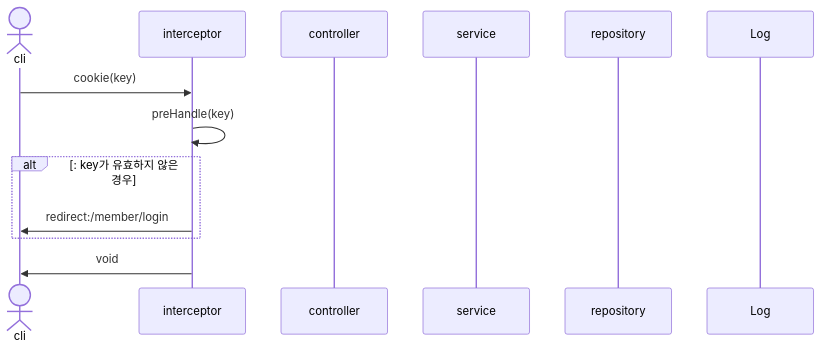
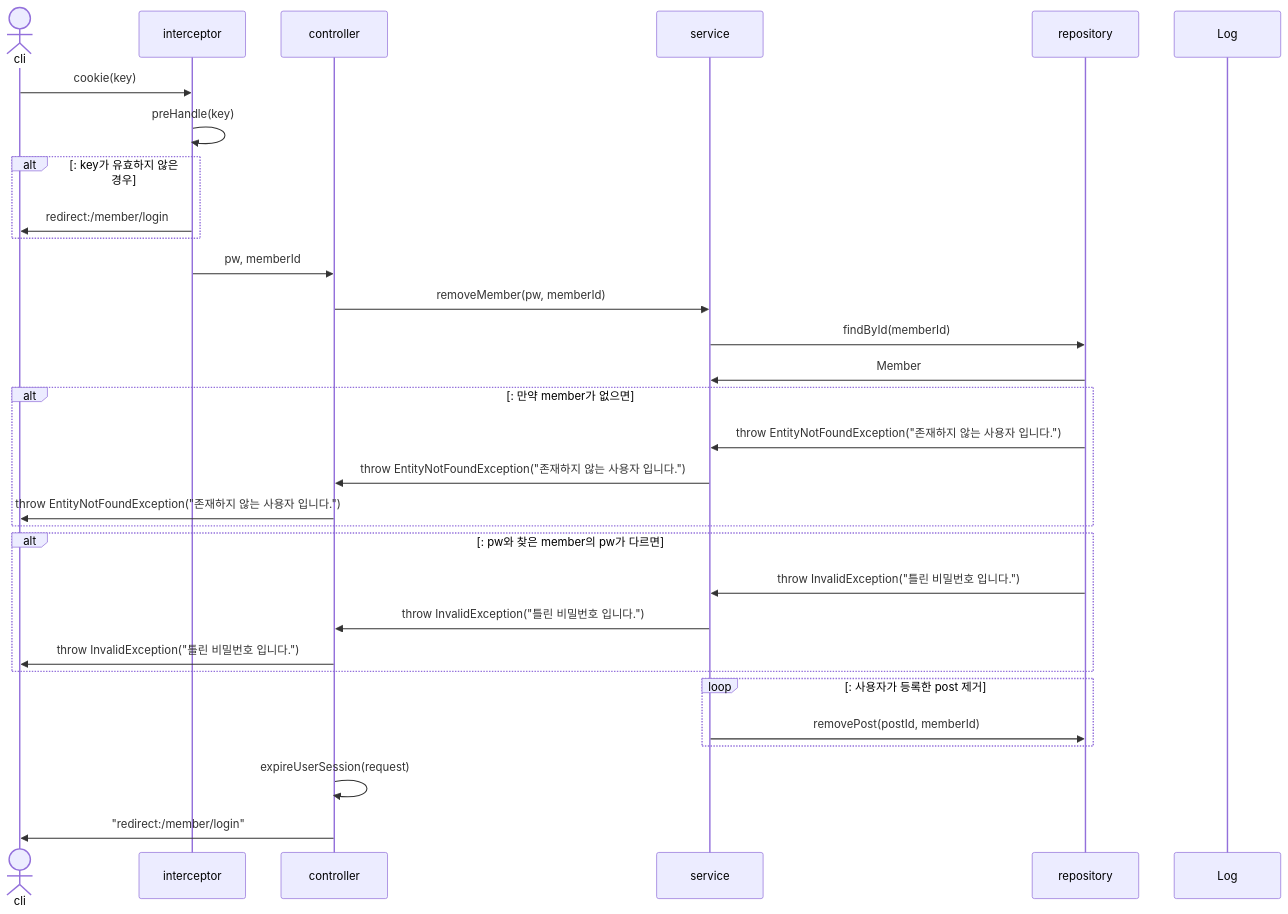
One commit to mtak0235/snsX changed the tenth of 37 diagrams in sequence.md. Above: the diagram before and after it, drawn with Mermaid. The commit also changed other lines of this file and 5 other files, not shown here.

````diff
--- a/sequence.md
+++ b/sequence.md
@@ -289,16 +253,34 @@
 ```mermaid
 sequenceDiagram
 actor cli
 participant i as interceptor
 participant c as controller
 participant s as service
 participant r as repository
 participant l as Log
 
 cli->>i: cookie(key)
 i->>i: preHandle(key)
 alt: key가 유효하지 않은 경우
 i->>cli: redirect:/member/login
 end
-i->>cli: void
+i->>c: pw, memberId
+c->>s: removeMember(pw, memberId)
+s->>r: findById(memberId)
+r->>s: Member
+alt: 만약 member가 없으면
+r->>s: throw EntityNotFoundException("존재하지 않는 사용자 입니다.")
+s->>c: throw EntityNotFoundException("존재하지 않는 사용자 입니다.")
+c->>cli: throw EntityNotFoundException("존재하지 않는 사용자 입니다.")
+end
+alt: pw와 찾은 member의 pw가 다르면
+r->>s: throw InvalidException("틀린 비밀번호 입니다.")
+s->>c: throw InvalidException("틀린 비밀번호 입니다.")
+c->>cli: throw InvalidException("틀린 비밀번호 입니다.")
+end
+loop: 사용자가 등록한 post 제거
+s->>r: removePost(postId, memberId)
+end
+c->>c: expireUserSession(request)
+c->>cli: "redirect:/member/login"
 ```
````
